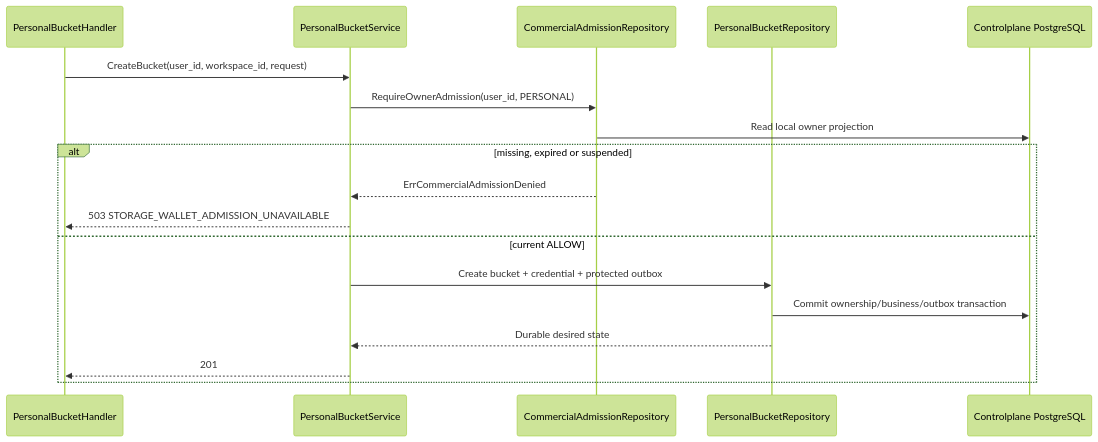
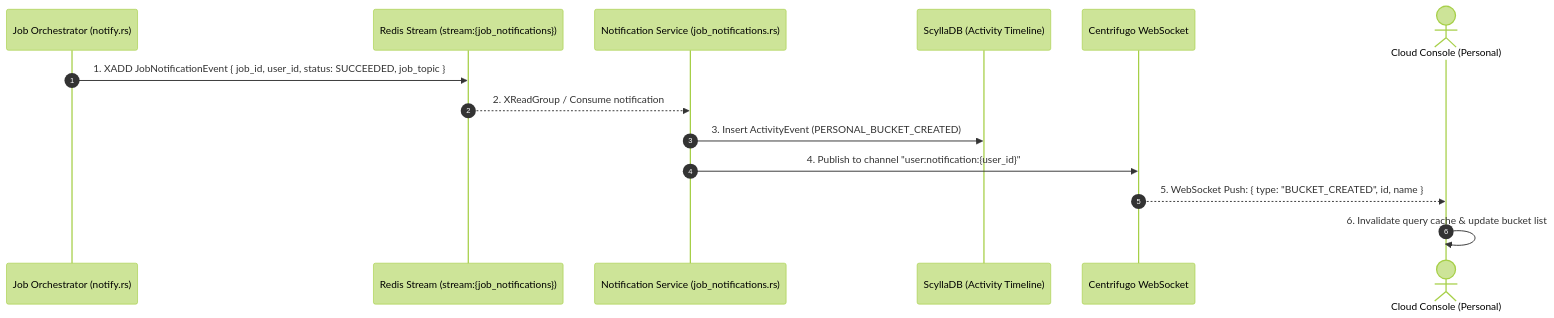
Before and after one commit to phucle996/aurora: the fifth of 6 diagrams in god_view/storage/personal_bucket_create_god_view_workflow.md, drawn with Mermaid (forest theme). The commit also changed other lines of this file and 43 other files, not shown here.

````diff
--- a/god_view/storage/personal_bucket_create_god_view_workflow.md
+++ b/god_view/storage/personal_bucket_create_god_view_workflow.md
@@ -247,21 +310,17 @@
 ```mermaid
 sequenceDiagram
-    participant H as PersonalBucketHandler
-    participant S as PersonalBucketService
-    participant W as CommercialAdmissionRepository
-    participant R as PersonalBucketRepository
-    participant DB as Controlplane PostgreSQL
+    autonumber
+    participant JO as Job Orchestrator (notify.rs)
+    participant RedisNoti as Redis Stream (stream:{job_notifications})
+    participant NotiSvc as Notification Service (job_notifications.rs)
+    participant Scylla as ScyllaDB (Activity Timeline)
+    participant Centrifugo as Centrifugo WebSocket
+    actor Browser as Cloud Console (Personal)
 
-    H->>S: CreateBucket(user_id, workspace_id, request)
-    S->>W: RequireOwnerAdmission(user_id, PERSONAL)
-    W->>DB: Read local owner projection
-    alt missing, expired or suspended
-        W-->>S: ErrCommercialAdmissionDenied
-        S-->>H: 503 STORAGE_WALLET_ADMISSION_UNAVAILABLE
-    else current ALLOW
-        S->>R: Create bucket + credential + protected outbox
-        R->>DB: Commit ownership/business/outbox transaction
-        R-->>S: Durable desired state
-        S-->>H: 201
-    end
+    JO->>RedisNoti: 1. XADD JobNotificationEvent { job_id, user_id, status: SUCCEEDED, job_topic }
+    RedisNoti-->>NotiSvc: 2. XReadGroup / Consume notification
+    NotiSvc->>Scylla: 3. Insert ActivityEvent (PERSONAL_BUCKET_CREATED)
+    NotiSvc->>Centrifugo: 4. Publish to channel "user:notification:{user_id}"
+    Centrifugo-->>Browser: 5. WebSocket Push: { type: "BUCKET_CREATED", id, name }
+    Browser->>Browser: 6. Invalidate query cache & update bucket list
 ```
````
